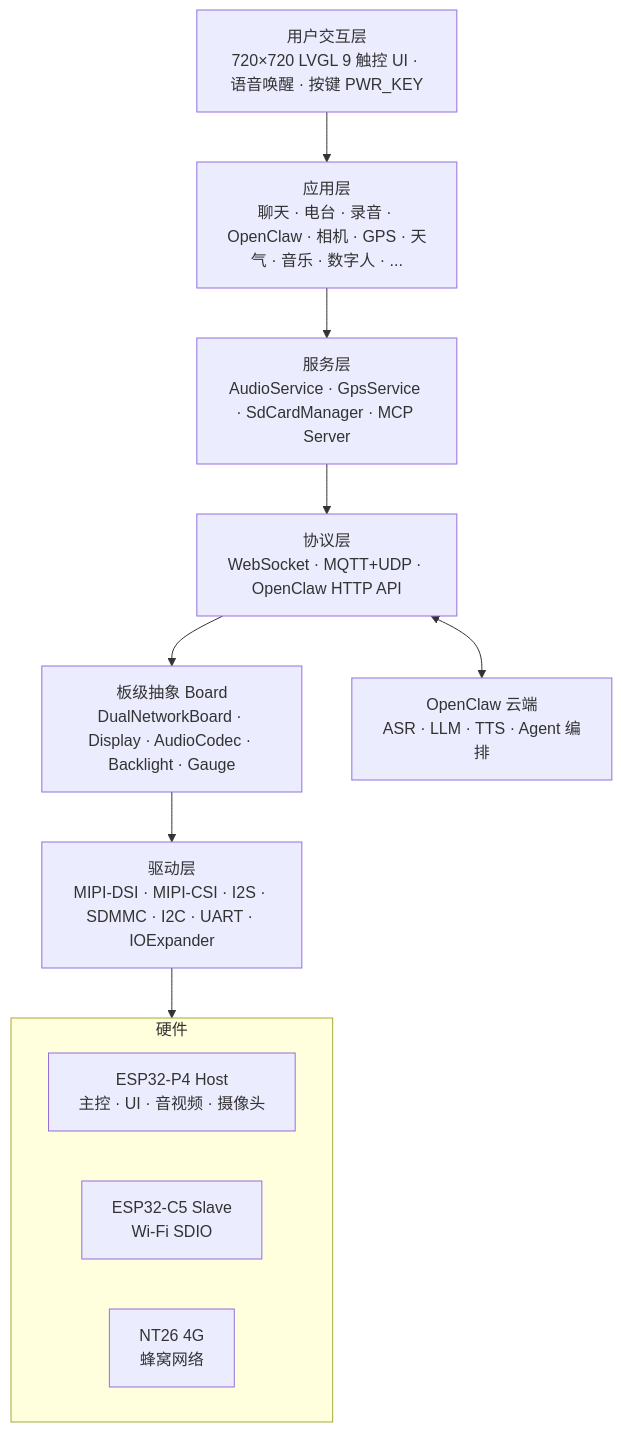
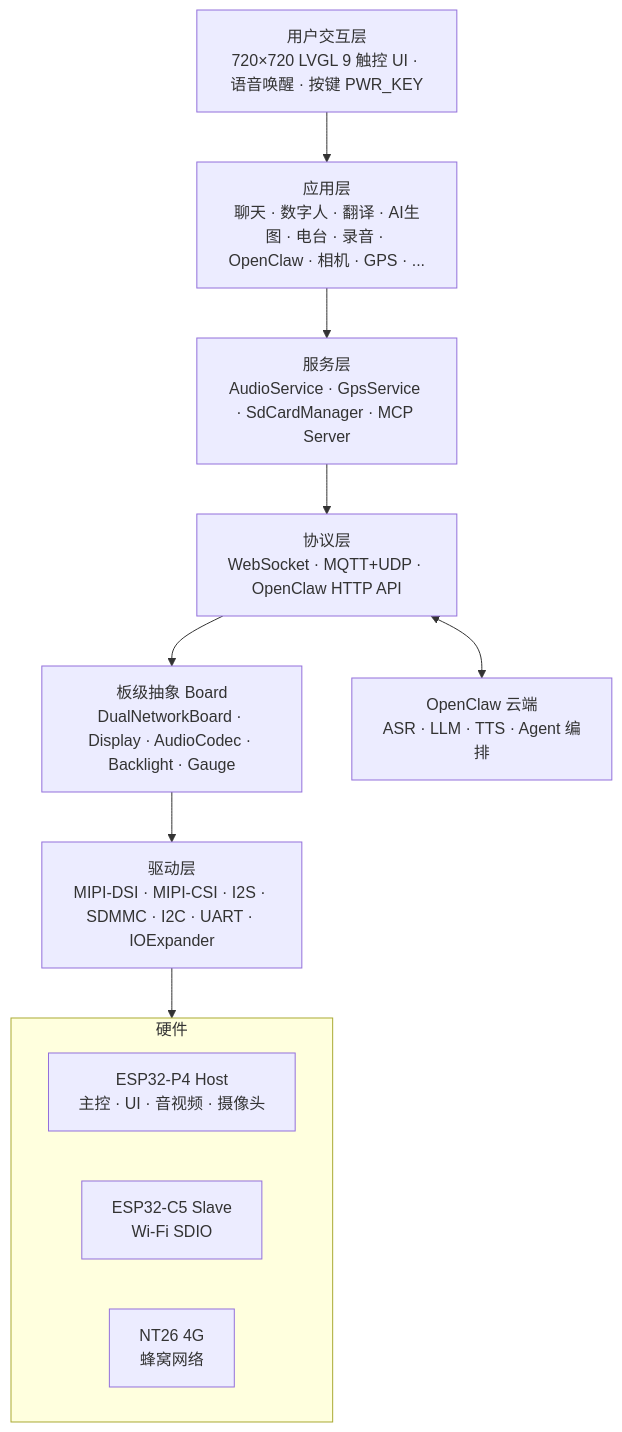
The first of 6 diagrams in README_zn.md (vaemc/MetalioClaw4), drawn with Mermaid before and after one commit. The commit also changed other lines of this file and 47 other files, not shown here.

````diff
--- a/README_zn.md
+++ b/README_zn.md
@@ -182,21 +184,21 @@
 ```mermaid
 flowchart TB
     ui["用户交互层<br/>720×720 LVGL 9 触控 UI · 语音唤醒 · 按键 PWR_KEY"]
-    apps["应用层<br/>聊天 · 电台 · 录音 · OpenClaw · 相机 · GPS · 天气 · 音乐 · 数字人 · ..."]
+    apps["应用层<br/>聊天 · 数字人 · 翻译 · AI生图 · 电台 · 录音 · OpenClaw · 相机 · GPS · ..."]
     svc["服务层<br/>AudioService · GpsService · SdCardManager · MCP Server"]
     proto["协议层<br/>WebSocket · MQTT+UDP · OpenClaw HTTP API"]
     board["板级抽象 Board<br/>DualNetworkBoard · Display · AudioCodec · Backlight · Gauge"]
     drv["驱动层<br/>MIPI-DSI · MIPI-CSI · I2S · SDMMC · I2C · UART · IOExpander"]
 
     subgraph hw["硬件"]
         direction LR
         p4["ESP32-P4 Host<br/>主控 · UI · 音视频 · 摄像头"]
         c5["ESP32-C5 Slave<br/>Wi-Fi SDIO"]
         nt26["NT26 4G<br/>蜂窝网络"]
     end
 
     cloud["OpenClaw 云端<br/>ASR · LLM · TTS · Agent 编排"]
 
     ui --> apps --> svc --> proto --> board --> drv --> hw
     proto <--> cloud
 ```
````
